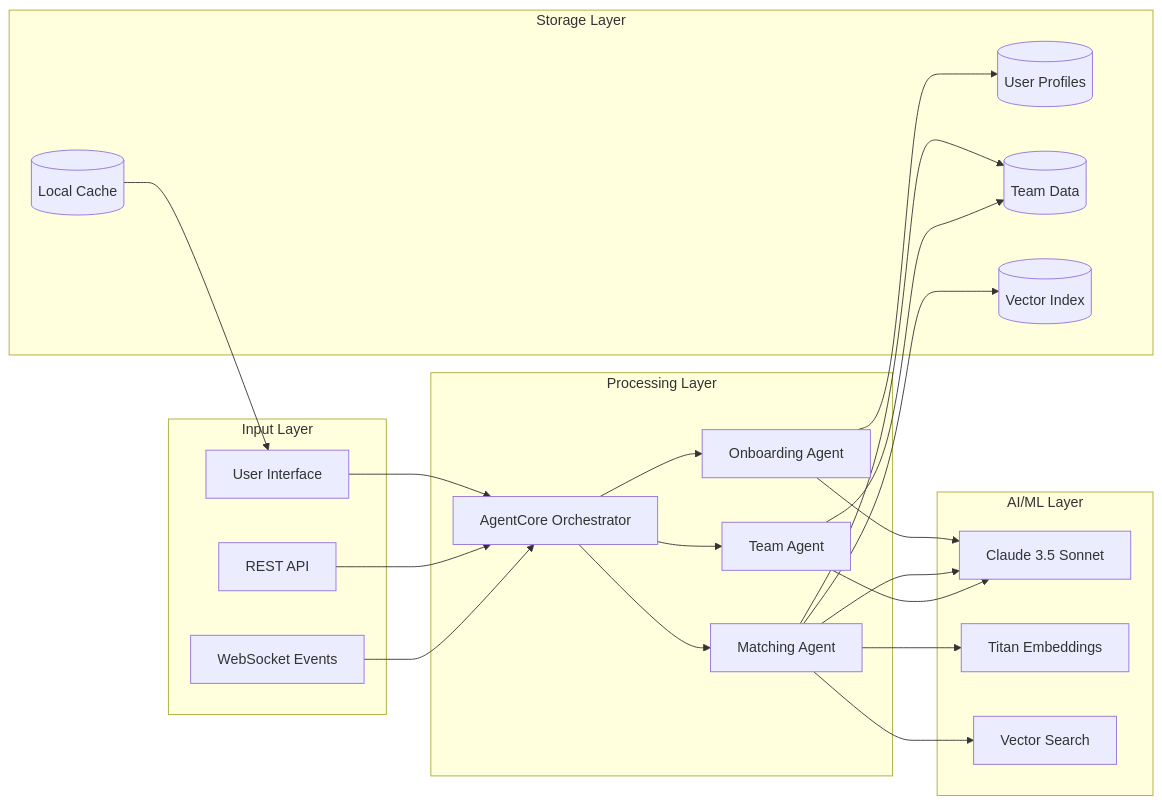
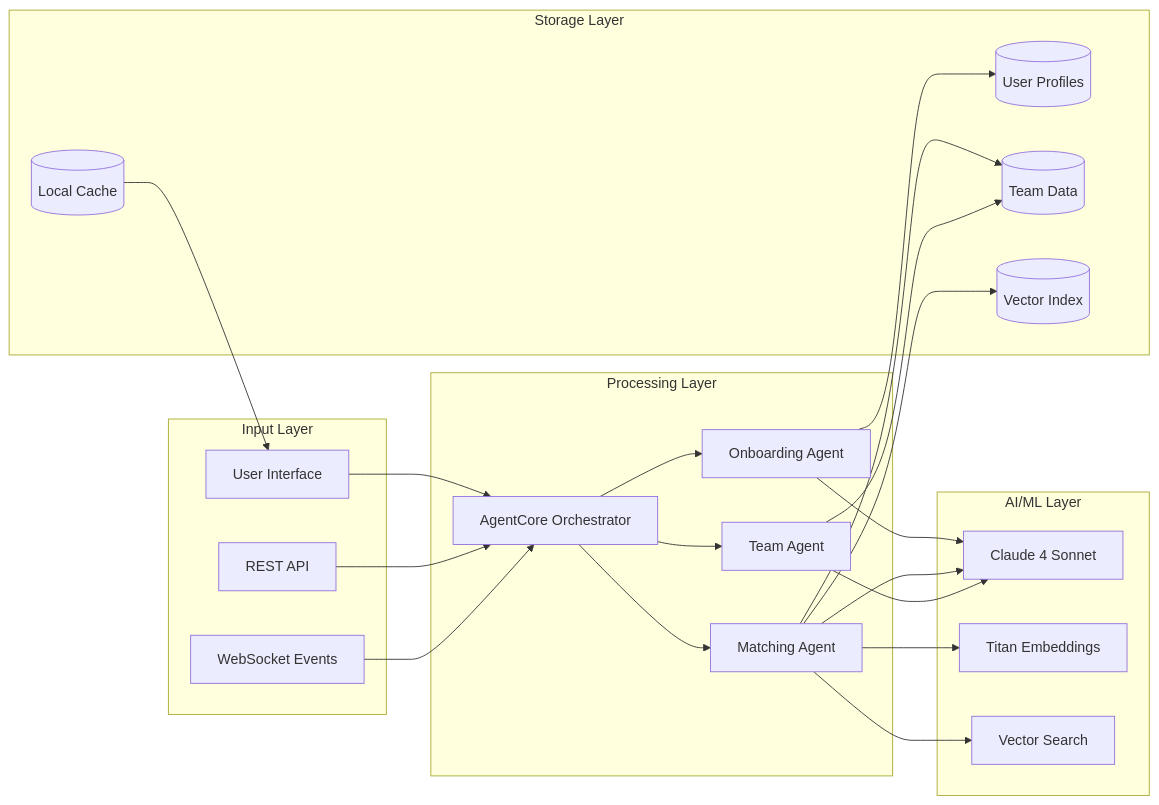
The third of 3 diagrams in README.md (Jobeer1/Find-your-Team), drawn with Mermaid before and after one commit. The commit also changed other lines of this file, not shown here.

Commit message:
Update references from Claude 3.5 to Claude 4

````diff
--- a/README.md
+++ b/README.md
@@ -221,49 +221,49 @@
 ```mermaid
 graph LR
     subgraph "Input Layer"
         UI[User Interface]
         API[REST API]
         WS[WebSocket Events]
     end
     
     subgraph "Processing Layer"
         AC[AgentCore Orchestrator]
         OA[Onboarding Agent]
         MA[Matching Agent]
         TA[Team Agent]
     end
     
     subgraph "AI/ML Layer"
-        Claude[Claude 3.5 Sonnet]
+        Claude[Claude 4 Sonnet]
         Embeddings[Titan Embeddings]
         Search[Vector Search]
     end
     
     subgraph "Storage Layer"
         Profiles[(User Profiles)]
         Teams[(Team Data)]
         Vectors[(Vector Index)]
         Cache[(Local Cache)]
     end
     
     UI --> AC
     API --> AC
     WS --> AC
     
     AC --> OA
     AC --> MA
     AC --> TA
     
     OA --> Claude
     MA --> Claude
     MA --> Embeddings
     MA --> Search
     TA --> Claude
     
     OA --> Profiles
     MA --> Teams
     MA --> Vectors
     TA --> Teams
     
     Cache --> UI
 ```
````
